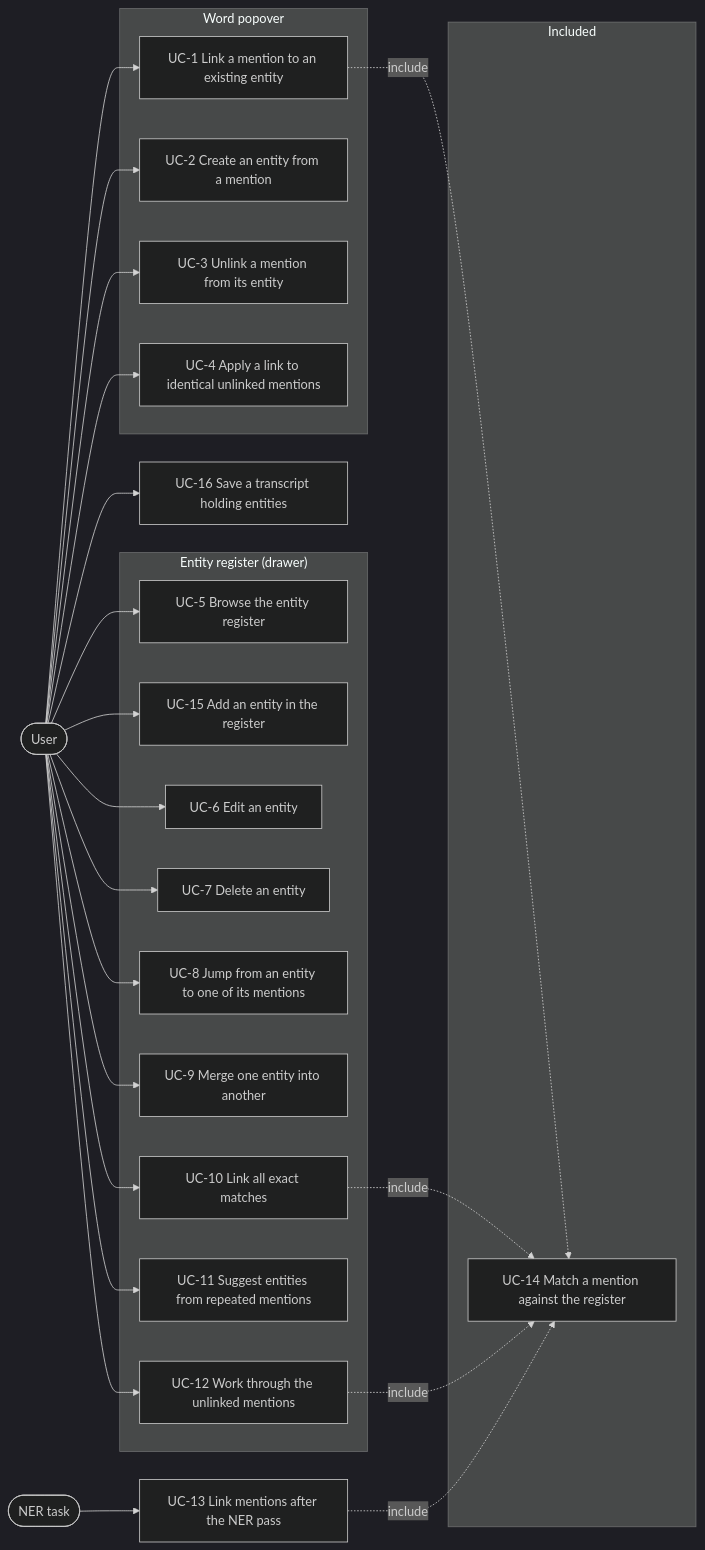
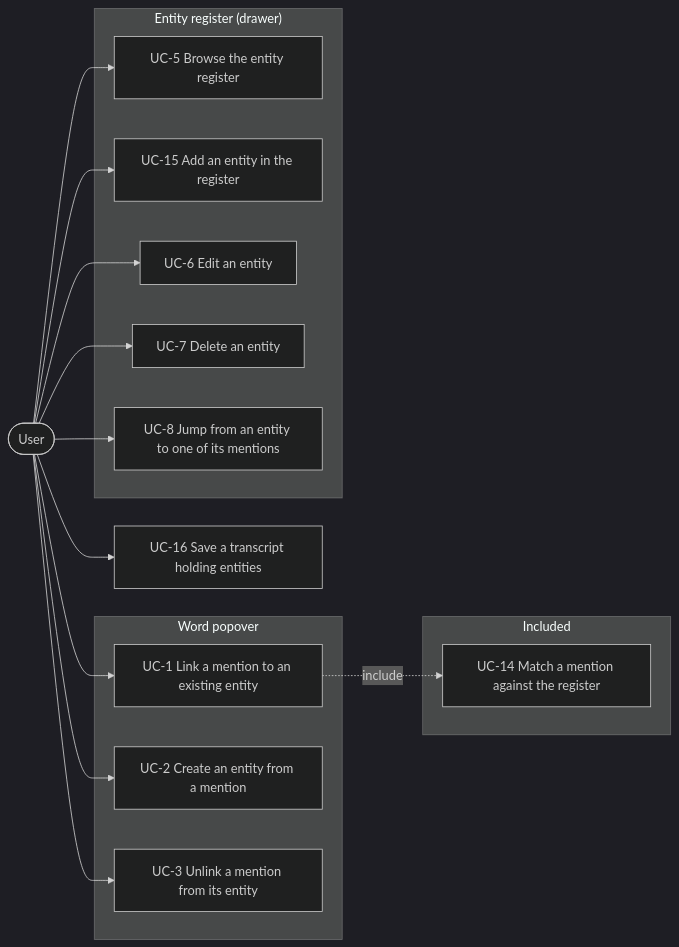
The first of 3 diagrams in specs/2026-07-31-canonical-entities.md (asr4memory/mmt-py), drawn with Mermaid (dark theme) before and after one commit. The commit also changed other lines of this file, not shown here.

Commit message:
Strip merge, rule-driven linking and aliases from the canonical entities spec

````diff
--- a/specs/2026-07-31-canonical-entities.md
+++ b/specs/2026-07-31-canonical-entities.md
@@ -122,52 +121,36 @@
 ```mermaid
 flowchart LR
   user([User])
-  ner([NER task])
 
   subgraph popover["Word popover"]
     uc1[UC-1 Link a mention to an existing entity]
     uc2[UC-2 Create an entity from a mention]
     uc3[UC-3 Unlink a mention from its entity]
-    uc4[UC-4 Apply a link to identical unlinked mentions]
   end
 
   subgraph register["Entity register (drawer)"]
     uc5[UC-5 Browse the entity register]
     uc15[UC-15 Add an entity in the register]
     uc6[UC-6 Edit an entity]
     uc7[UC-7 Delete an entity]
     uc8[UC-8 Jump from an entity to one of its mentions]
-    uc9[UC-9 Merge one entity into another]
-    uc10[UC-10 Link all exact matches]
-    uc11[UC-11 Suggest entities from repeated mentions]
-    uc12[UC-12 Work through the unlinked mentions]
   end
 
   subgraph shared["Included"]
     uc14[UC-14 Match a mention against the register]
   end
 
-  uc13[UC-13 Link mentions after the NER pass]
   uc16[UC-16 Save a transcript holding entities]
 
   user --> uc1
   user --> uc2
   user --> uc3
-  user --> uc4
   user --> uc5
   user --> uc15
   user --> uc6
   user --> uc7
   user --> uc8
-  user --> uc9
-  user --> uc10
-  user --> uc11
-  user --> uc12
   user --> uc16
-  ner --> uc13
 
   uc1 -. include .-> uc14
-  uc10 -. include .-> uc14
-  uc12 -. include .-> uc14
-  uc13 -. include .-> uc14
 ```
````
